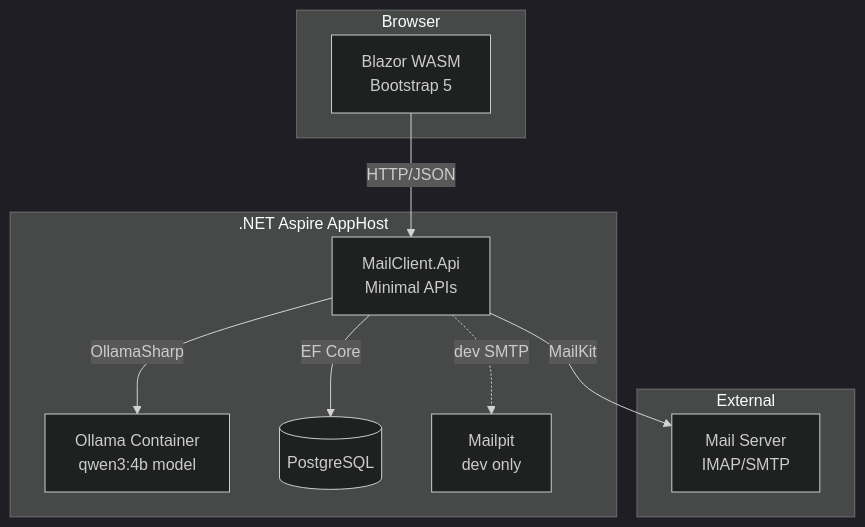
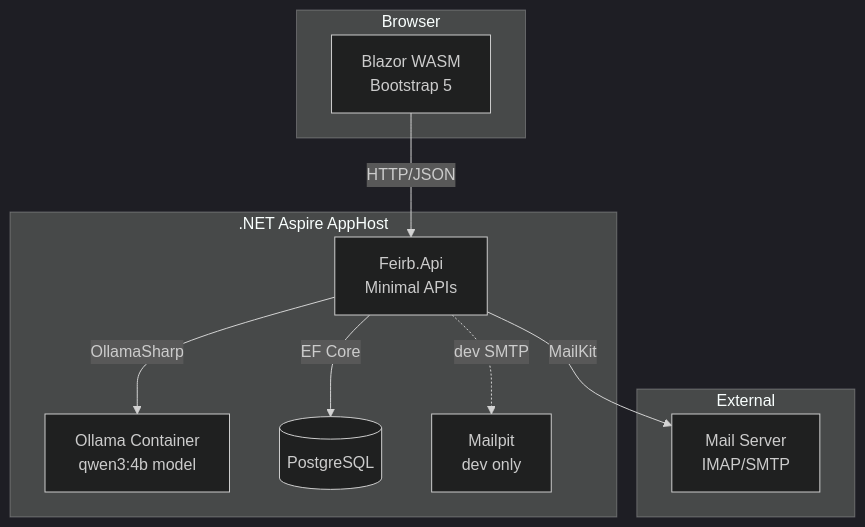
One commit to mamu7211/fireb-mailclient changed the diagram in docs/DESIGN.md. Above: the diagram before and after it, drawn with Mermaid (dark theme). The commit also changed other lines of this file and 91 other files, not shown here.

First line of the commit message:
refactor: rename project from MailClient to Feirb

````diff
--- a/docs/DESIGN.md
+++ b/docs/DESIGN.md
@@ -20,23 +20,23 @@
 ```mermaid
 graph TB
     subgraph Browser
         WASM[Blazor WASM\nBootstrap 5]
     end
 
     subgraph Aspire[.NET Aspire AppHost]
-        API[MailClient.Api\nMinimal APIs]
+        API[Feirb.Api\nMinimal APIs]
         OLLAMA[Ollama Container\nqwen3:4b model]
         DB[(PostgreSQL)]
         MAILPIT[Mailpit\ndev only]
     end
 
     subgraph External
         IMAP[Mail Server\nIMAP/SMTP]
     end
 
     WASM -->|HTTP/JSON| API
     API -->|MailKit| IMAP
     API -->|OllamaSharp| OLLAMA
     API -->|EF Core| DB
     API -.->|dev SMTP| MAILPIT
 ```
````
